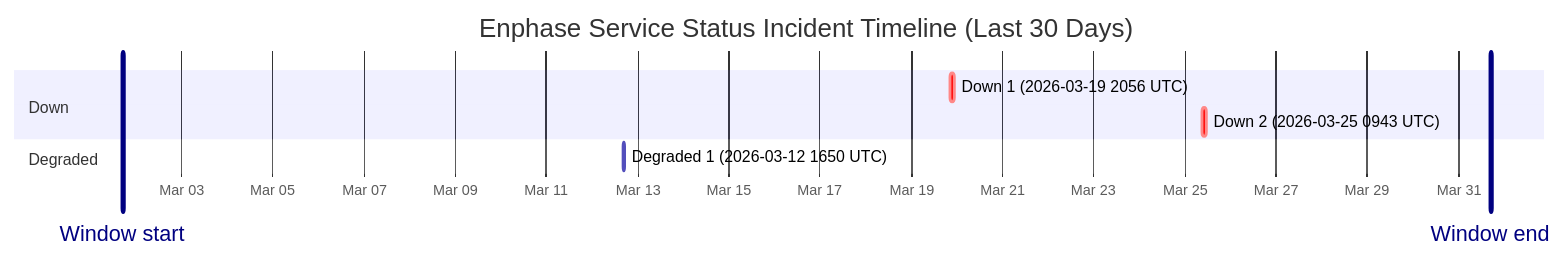
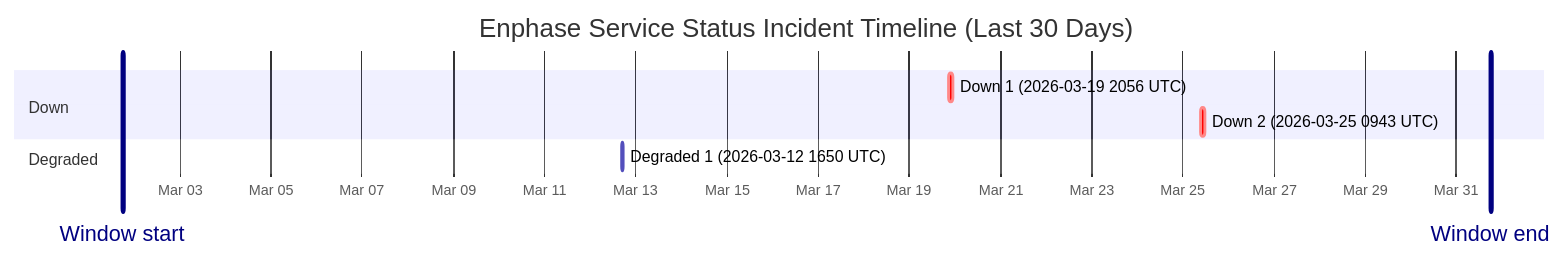
The diagram in wiki/Service-Status-History.md (barneyonline/ha-enphase-ev-charger), drawn with Mermaid before and after one commit. The commit also changed other lines of this file and 3 other files, not shown here.

````diff
--- a/wiki/Service-Status-History.md
+++ b/wiki/Service-Status-History.md
@@ -14,13 +14,13 @@
 ```mermaid
 gantt
     title Enphase Service Status Incident Timeline (Last 30 Days)
     dateFormat  YYYY-MM-DDTHH:mm:ss
     axisFormat  %b %d
-    Window start :vert, window-start, 2026-03-01T17:00:09, 0ms
-    Window end :vert, window-end, 2026-03-31T17:00:09, 0ms
+    Window start :vert, window-start, 2026-03-01T17:57:43, 0ms
+    Window end :vert, window-end, 2026-03-31T17:57:43, 0ms
     section Down
     Down 1 (2026-03-19 2056 UTC) :crit, down-1, 2026-03-19T20:56:20, 145m
     Down 2 (2026-03-25 0943 UTC) :crit, down-2, 2026-03-25T09:43:28, 111m
     section Degraded
     Degraded 1 (2026-03-12 1650 UTC) :active, degraded-1, 2026-03-12T16:50:43, 60m
 ```
````
